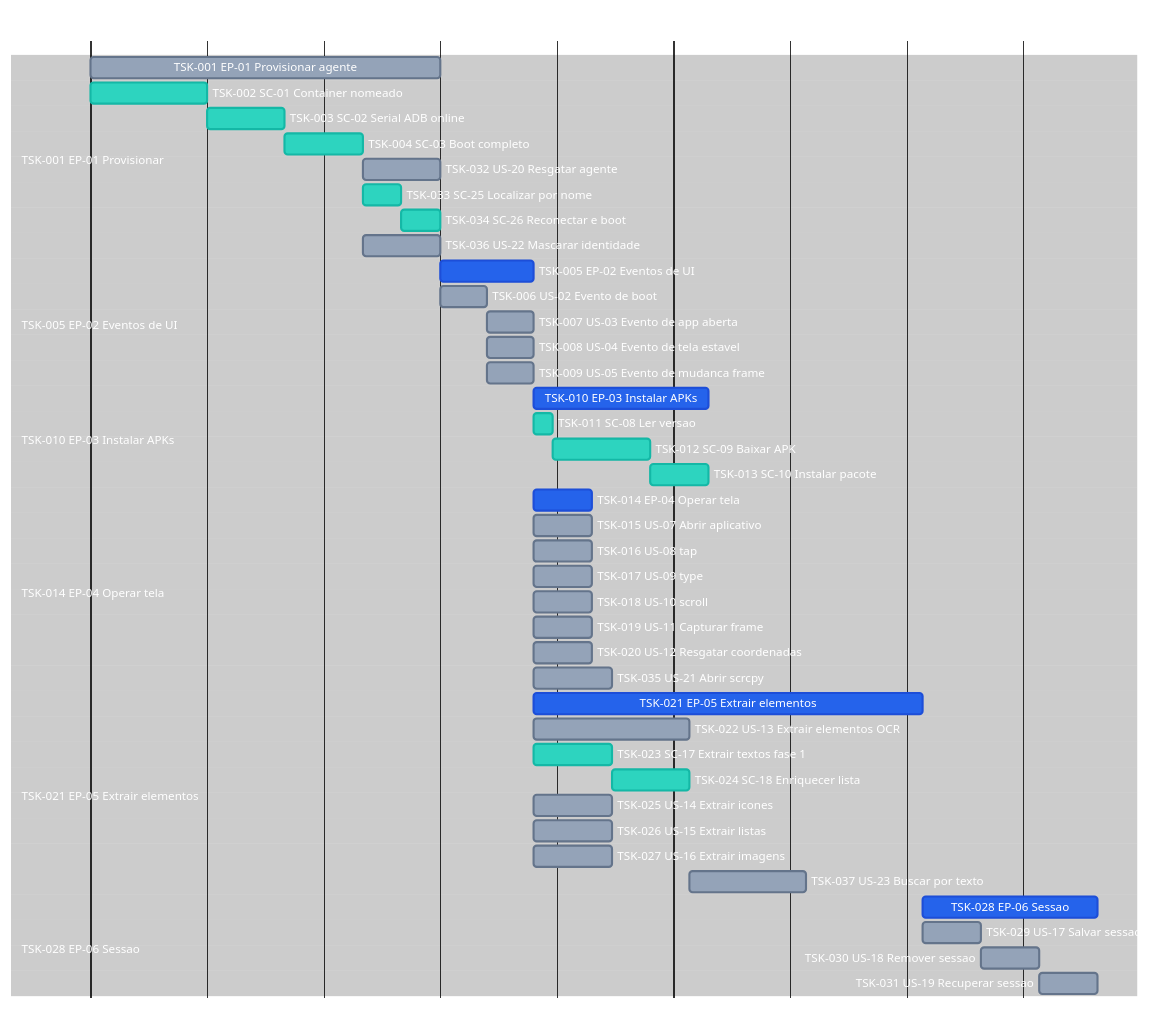
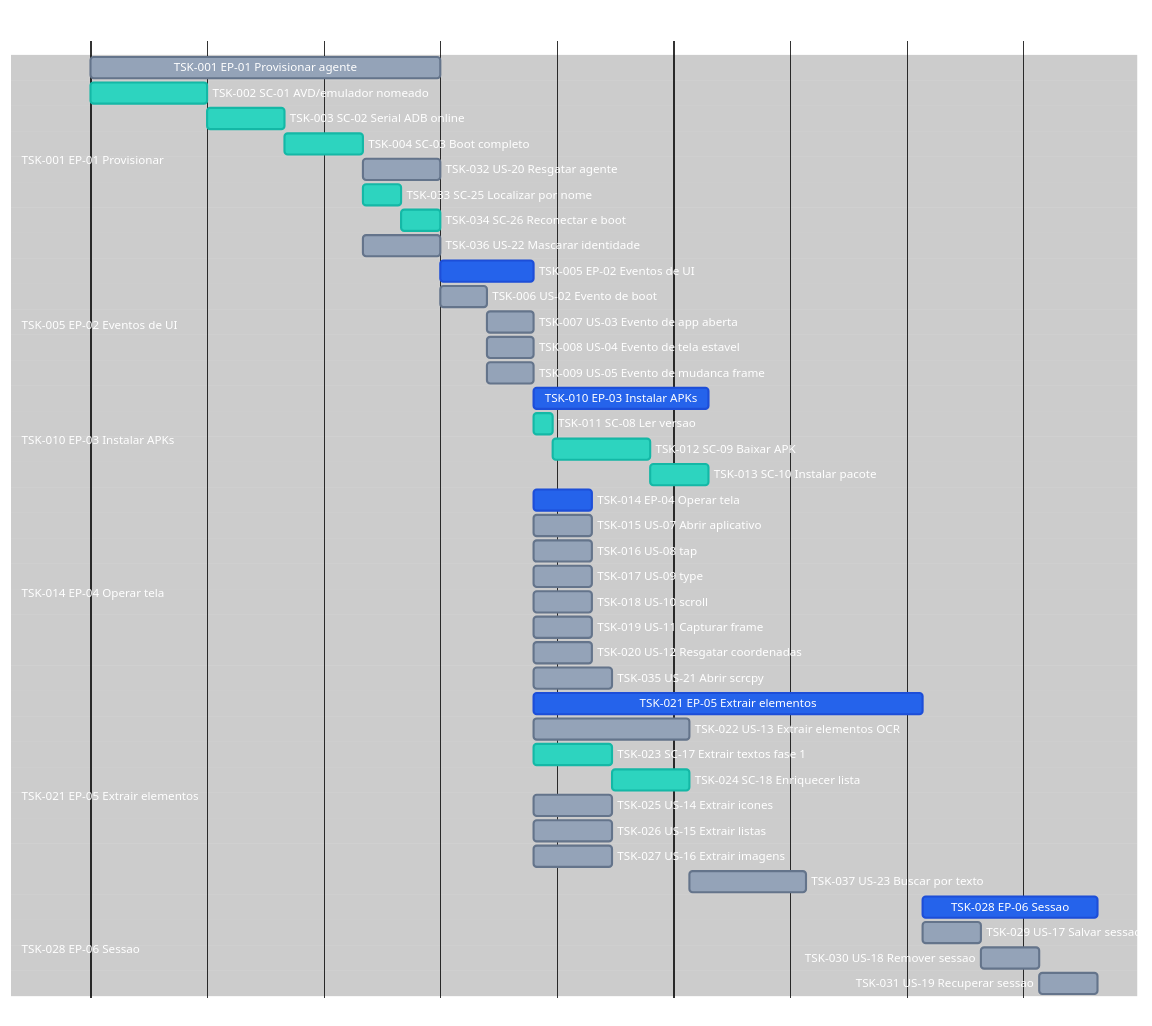
The diagram in screen-robot/7.tasks.md (laerciogermano/workstation), drawn with Mermaid before and after one commit. The commit also changed other lines of this file and 17 other files, not shown here.

```diff
--- a/screen-robot/7.tasks.md
+++ b/screen-robot/7.tasks.md
@@ -54,7 +54,7 @@
 
   section TSK-001 EP-01 Provisionar
   TSK-001 EP-01 Provisionar agente      :tsk01, 0, 90m
-  TSK-002 SC-01 Container nomeado       :active, tsk02, 0, 30m
+  TSK-002 SC-01 AVD/emulador nomeado    :active, tsk02, 0, 30m
   TSK-003 SC-02 Serial ADB online       :active, tsk03, after tsk02, 20m
   TSK-004 SC-03 Boot completo           :active, tsk04, after tsk03, 20m
   TSK-032 US-20 Resgatar agente         :tsk32, after tsk04, 20m
```
